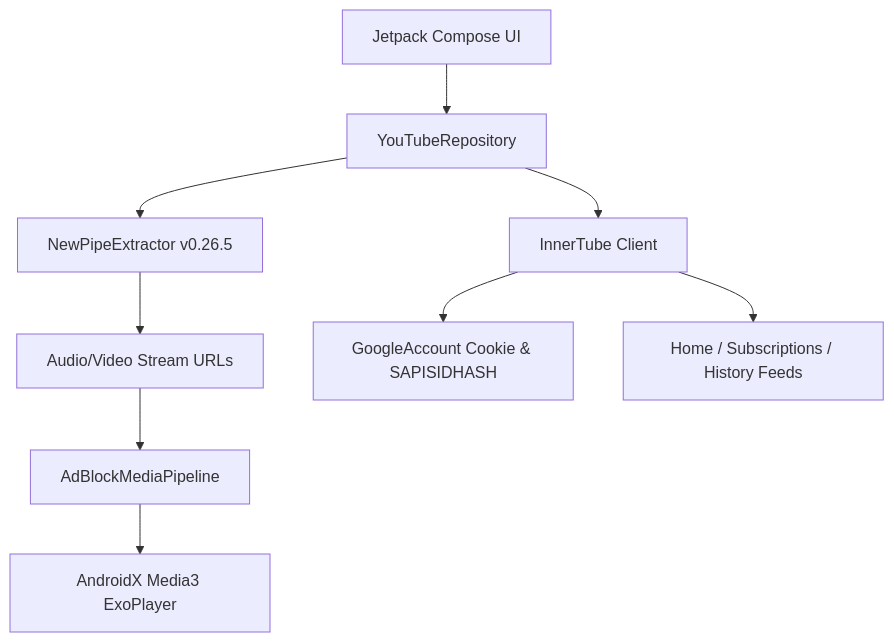
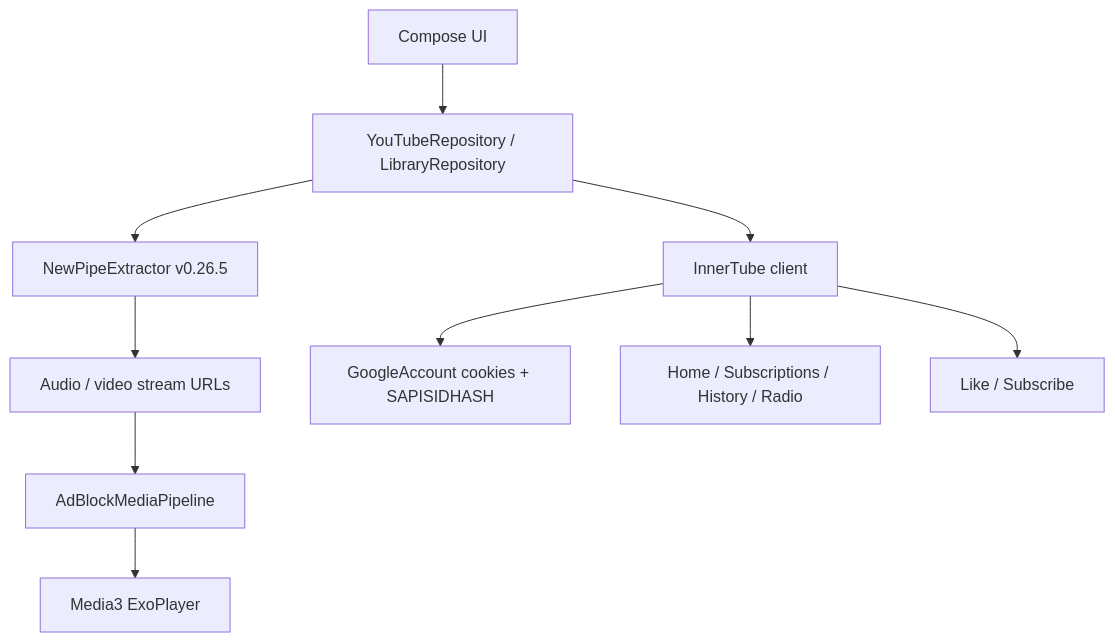
The first of 2 diagrams in YOUTUBE_PARITY_REVIEW_AND_MIGRATION_ROADMAP.md (dhawan9898/yt-mini), drawn with Mermaid before and after one commit. The commit also changed other lines of this file, not shown here.

First line of the commit message:
Refresh parity roadmap to match current code

````diff
--- a/YOUTUBE_PARITY_REVIEW_AND_MIGRATION_ROADMAP.md
+++ b/YOUTUBE_PARITY_REVIEW_AND_MIGRATION_ROADMAP.md
@@ -73,11 +87,12 @@
 ```mermaid
 graph TD
-    UI[Jetpack Compose UI] --> Repo[YouTubeRepository]
+    UI[Compose UI] --> Repo[YouTubeRepository / LibraryRepository]
     Repo --> NewPipe[NewPipeExtractor v0.26.5]
-    Repo --> InnerTube[InnerTube Client]
-    InnerTube --> GoogleAccount[GoogleAccount Cookie & SAPISIDHASH]
-    NewPipe --> DirectStreams[Audio/Video Stream URLs]
-    InnerTube --> PersonalFeeds[Home / Subscriptions / History Feeds]
-    DirectStreams --> Pipeline[AdBlockMediaPipeline]
-    Pipeline --> ExoPlayer[AndroidX Media3 ExoPlayer]
+    Repo --> InnerTube[InnerTube client]
+    InnerTube --> GoogleAccount[GoogleAccount cookies + SAPISIDHASH]
+    NewPipe --> Streams[Audio / video stream URLs]
+    InnerTube --> Feeds[Home / Subscriptions / History / Radio]
+    InnerTube --> Writes[Like / Subscribe]
+    Streams --> Pipeline[AdBlockMediaPipeline]
+    Pipeline --> ExoPlayer[Media3 ExoPlayer]
 ```
````
